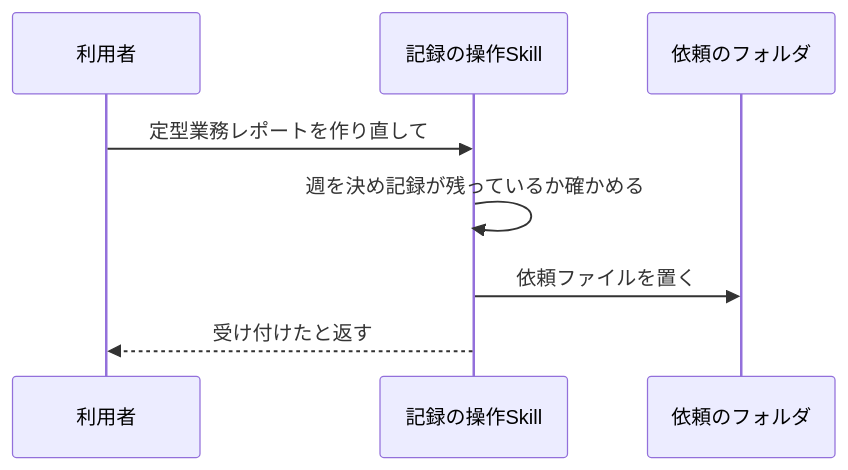
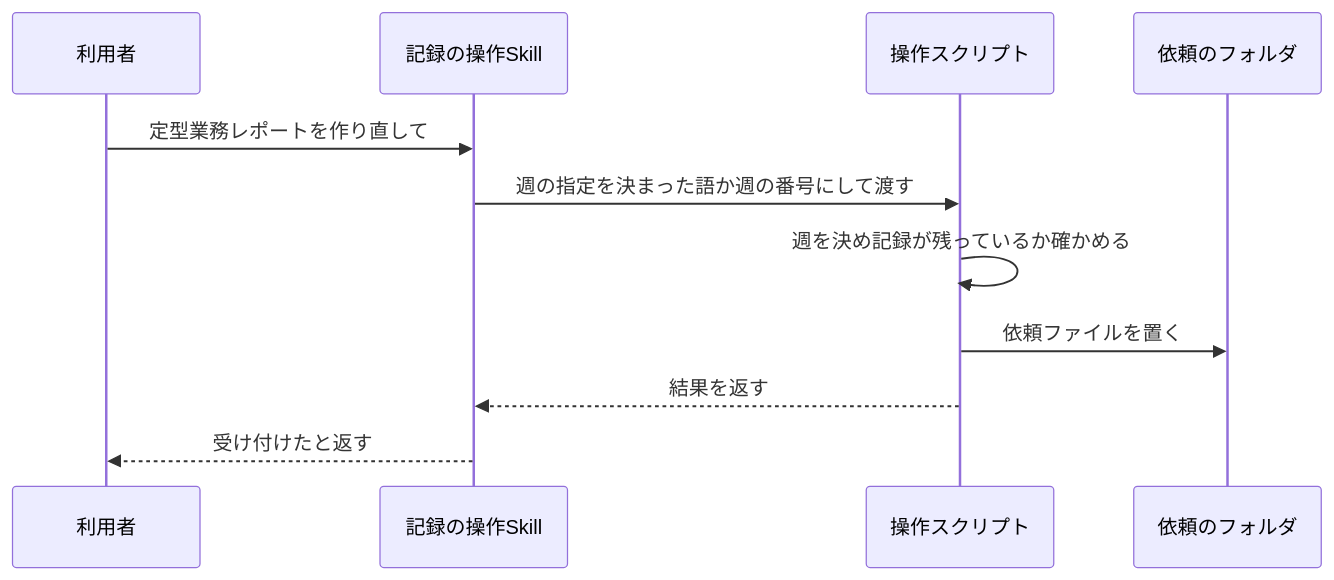
Before and after one commit to dnode-ryosuke-yamazaki/study: the ninth of 10 diagrams in apps/routine-work-finder/specs/weekly-automation-report/design.md, drawn with Mermaid. The commit also changed other lines of this file and 9 other files, not shown here.

````diff
--- a/apps/routine-work-finder/specs/weekly-automation-report/design.md
+++ b/apps/routine-work-finder/specs/weekly-automation-report/design.md
@@ -291,10 +334,13 @@
 ```mermaid
 sequenceDiagram
     participant U as 利用者
     participant S as 記録の操作Skill
+    participant P as 操作スクリプト
     participant Q as 依頼のフォルダ
     U->>S: 定型業務レポートを作り直して
-    S->>S: 週を決め記録が残っているか確かめる
-    S->>Q: 依頼ファイルを置く
+    S->>P: 週の指定を決まった語か週の番号にして渡す
+    P->>P: 週を決め記録が残っているか確かめる
+    P->>Q: 依頼ファイルを置く
+    P-->>S: 結果を返す
     S-->>U: 受け付けたと返す
 ```
````
